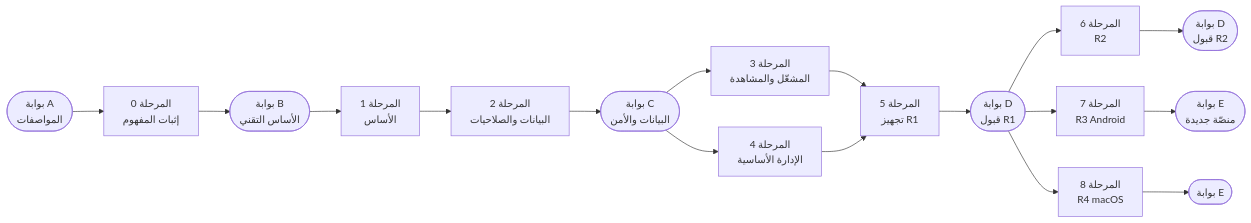
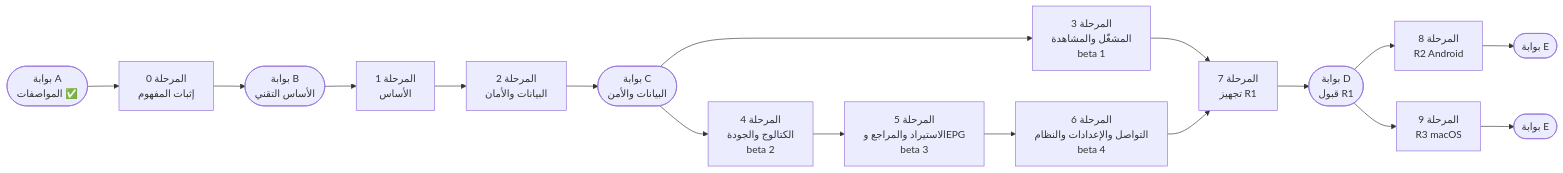
The sixth of 6 diagrams in mtc_iptv/docs/MASTER_SPEC.md (AneesAdwan/MTC-iPTv), drawn with Mermaid before and after one commit. The commit also changed other lines of this file and 190 other files, not shown here.

````diff
--- a/mtc_iptv/docs/MASTER_SPEC.md
+++ b/mtc_iptv/docs/MASTER_SPEC.md
@@ -1676,19 +1748,19 @@
 ```mermaid
 flowchart LR
-  G0(["بوابة A<br/>المواصفات"]) --> P0["المرحلة 0<br/>إثبات المفهوم"]
-  P0 --> G1(["بوابة B<br/>الأساس التقني"])
-  G1 --> P1["المرحلة 1<br/>الأساس"]
-  P1 --> P2["المرحلة 2<br/>البيانات والصلاحيات"]
-  P2 --> G2(["بوابة C<br/>البيانات والأمن"])
-  G2 --> P3["المرحلة 3<br/>المشغّل والمشاهدة"]
-  G2 --> P4["المرحلة 4<br/>الإدارة الأساسية"]
-  P3 --> P5["المرحلة 5<br/>تجهيز R1"]
-  P4 --> P5
-  P5 --> G3(["بوابة D<br/>قبول R1"])
-  G3 --> P6["المرحلة 6<br/>R2"]
-  P6 --> G4(["بوابة D<br/>قبول R2"])
-  G3 --> P7["المرحلة 7<br/>R3 Android"]
-  P7 --> G5(["بوابة E<br/>منصّة جديدة"])
-  G3 --> P8["المرحلة 8<br/>R4 macOS"]
-  P8 --> G6(["بوابة E"])
+  GA(["بوابة A<br/>المواصفات ✅"]) --> P0["المرحلة 0<br/>إثبات المفهوم"]
+  P0 --> GB(["بوابة B<br/>الأساس التقني"])
+  GB --> P1["المرحلة 1<br/>الأساس"]
+  P1 --> P2["المرحلة 2<br/>البيانات والأمان"]
+  P2 --> GC(["بوابة C<br/>البيانات والأمن"])
+  GC --> P3["المرحلة 3<br/>المشغّل والمشاهدة<br/>beta 1"]
+  GC --> P4["المرحلة 4<br/>الكتالوج والجودة<br/>beta 2"]
+  P4 --> P5["المرحلة 5<br/>الاستيراد والمراجع وEPG<br/>beta 3"]
+  P5 --> P6["المرحلة 6<br/>التواصل والإعدادات والنظام<br/>beta 4"]
+  P3 --> P7["المرحلة 7<br/>تجهيز R1"]
+  P6 --> P7
+  P7 --> GD(["بوابة D<br/>قبول R1"])
+  GD --> P8["المرحلة 8<br/>R2 Android"]
+  P8 --> GE1(["بوابة E"])
+  GD --> P9["المرحلة 9<br/>R3 macOS"]
+  P9 --> GE2(["بوابة E"])
 ```
````
